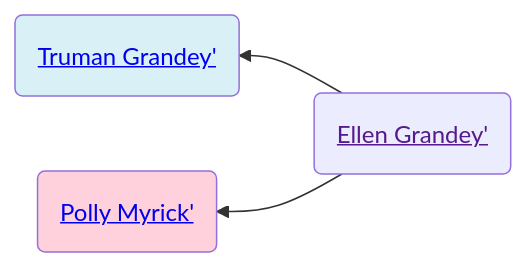
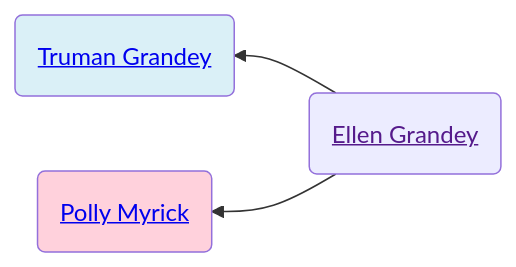
The first of 2 diagrams in familyhistory/sources/people/Merrill-line/Grandey-line/Ellen_Grandey.qmd (neelsmith/avocational), drawn with Mermaid before and after one commit. The commit also changed other lines of this file and 96 other files, not shown here.

````diff
--- a/familyhistory/sources/people/Merrill-line/Grandey-line/Ellen_Grandey.qmd
+++ b/familyhistory/sources/people/Merrill-line/Grandey-line/Ellen_Grandey.qmd
@@ -26,12 +26,12 @@
 ```{mermaid}
 graph RL
 %% RL ancestor diagram
-Ellen_Grandey(<a href=''>Ellen Grandey'</>) -->  Truman_Grandey(<a href='./Truman_Grandey.html'>Truman Grandey'</>)
+Ellen_Grandey(<a href=''>Ellen Grandey</a>) -->  Truman_Grandey(<a href='./Truman_Grandey.html'>Truman Grandey</a>)
 class Truman_Grandey father
-Ellen_Grandey(<a href=''>Ellen Grandey'</>)  --> Polly_Myrick(<a href='./../White-line/Grandey/Polly_Myrick.html'>Polly Myrick'</>)
+Ellen_Grandey(<a href=''>Ellen Grandey</a>)  --> Polly_Myrick(<a href='./../White-line/Grandey/Polly_Myrick.html'>Polly Myrick</a>)
 class Polly_Myrick mother
 classDef mother fill:#ffd1dc
 classDef father fill:#daf0f7  
 classDef marriage fill:#ffffff
 
 ```
````
